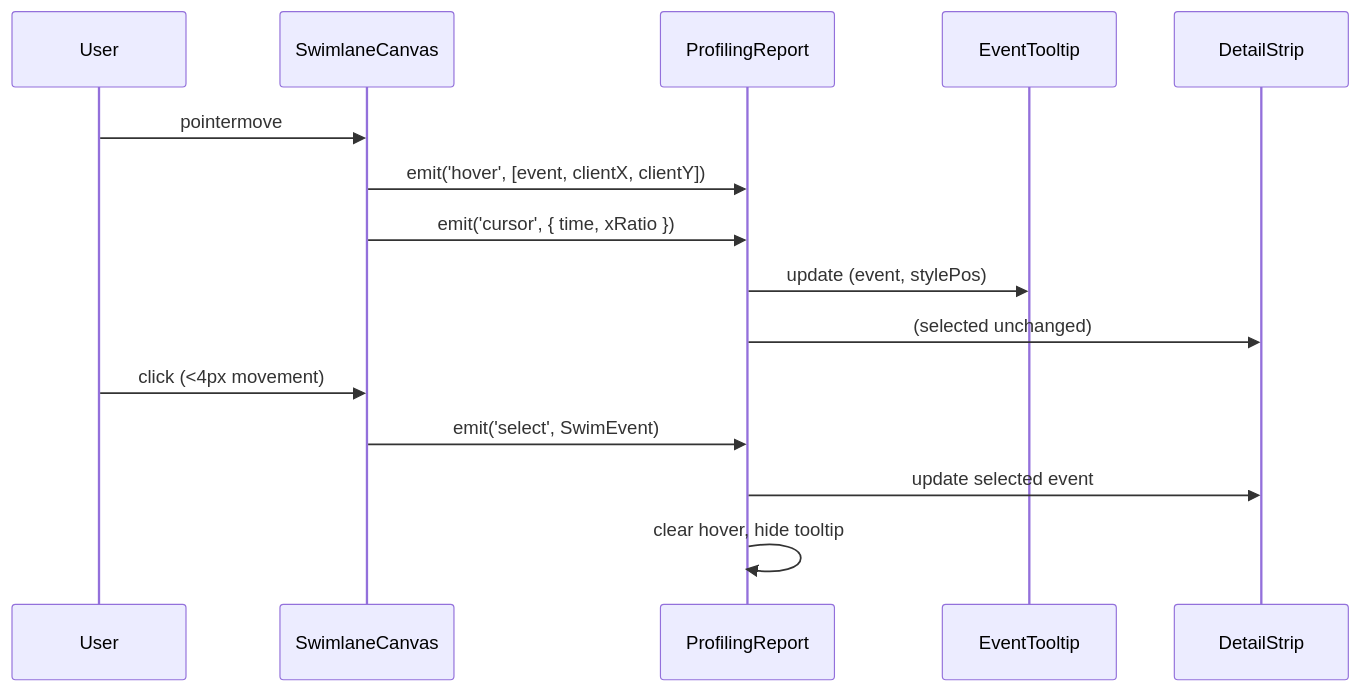
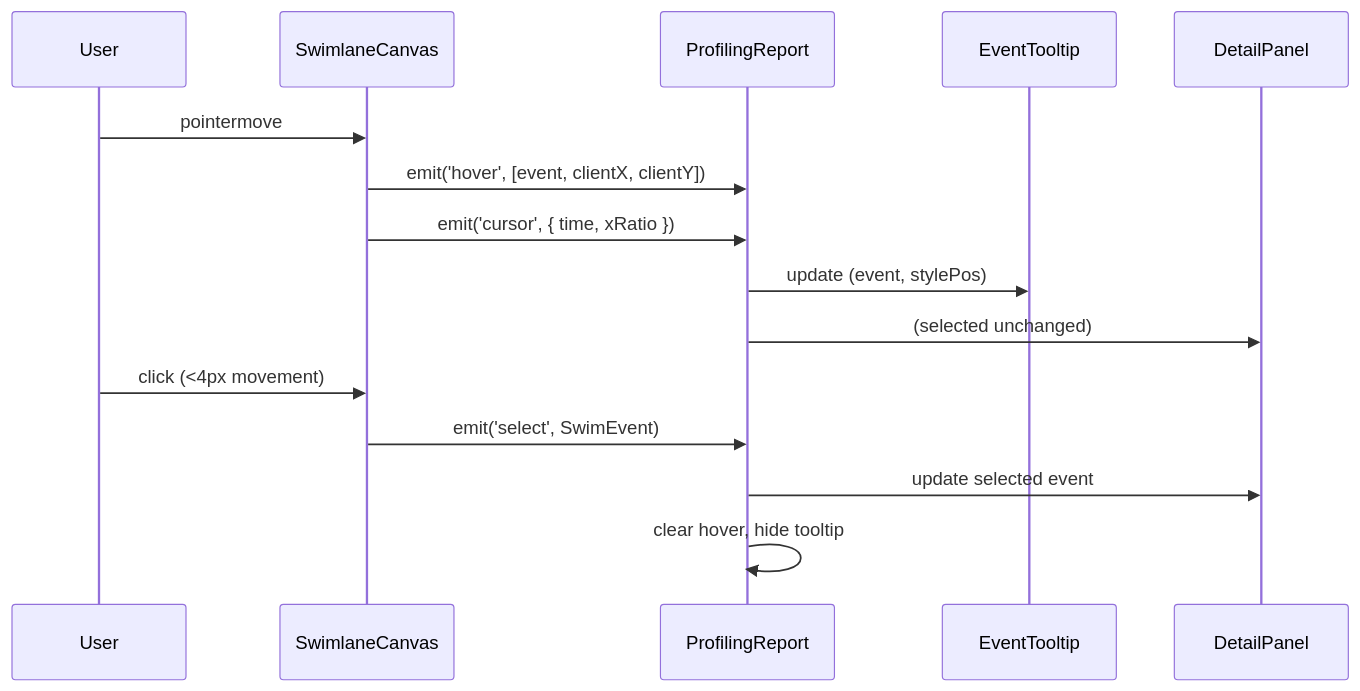
The third of 5 diagrams in src/ui/ProfilingReport/ProfilingReport.spec.md (IdeFrontend/profiling-report), drawn with Mermaid before and after one commit. The commit also changed 98 other files, not shown here.

````diff
--- a/src/ui/ProfilingReport/ProfilingReport.spec.md
+++ b/src/ui/ProfilingReport/ProfilingReport.spec.md
@@ -70,19 +70,19 @@
 ```mermaid
 sequenceDiagram
     participant User
     participant Canvas as SwimlaneCanvas
     participant Root as ProfilingReport
     participant Tooltip as EventTooltip
-    participant Detail as DetailStrip
+    participant Detail as DetailPanel
 
     User->>Canvas: pointermove
     Canvas->>Root: emit('hover', [event, clientX, clientY])
     Canvas->>Root: emit('cursor', { time, xRatio })
     Root->>Tooltip: update (event, stylePos)
     Root->>Detail: (selected unchanged)
 
     User->>Canvas: click (<4px movement)
     Canvas->>Root: emit('select', SwimEvent)
     Root->>Detail: update selected event
     Root->>Root: clear hover, hide tooltip
 ```
````
